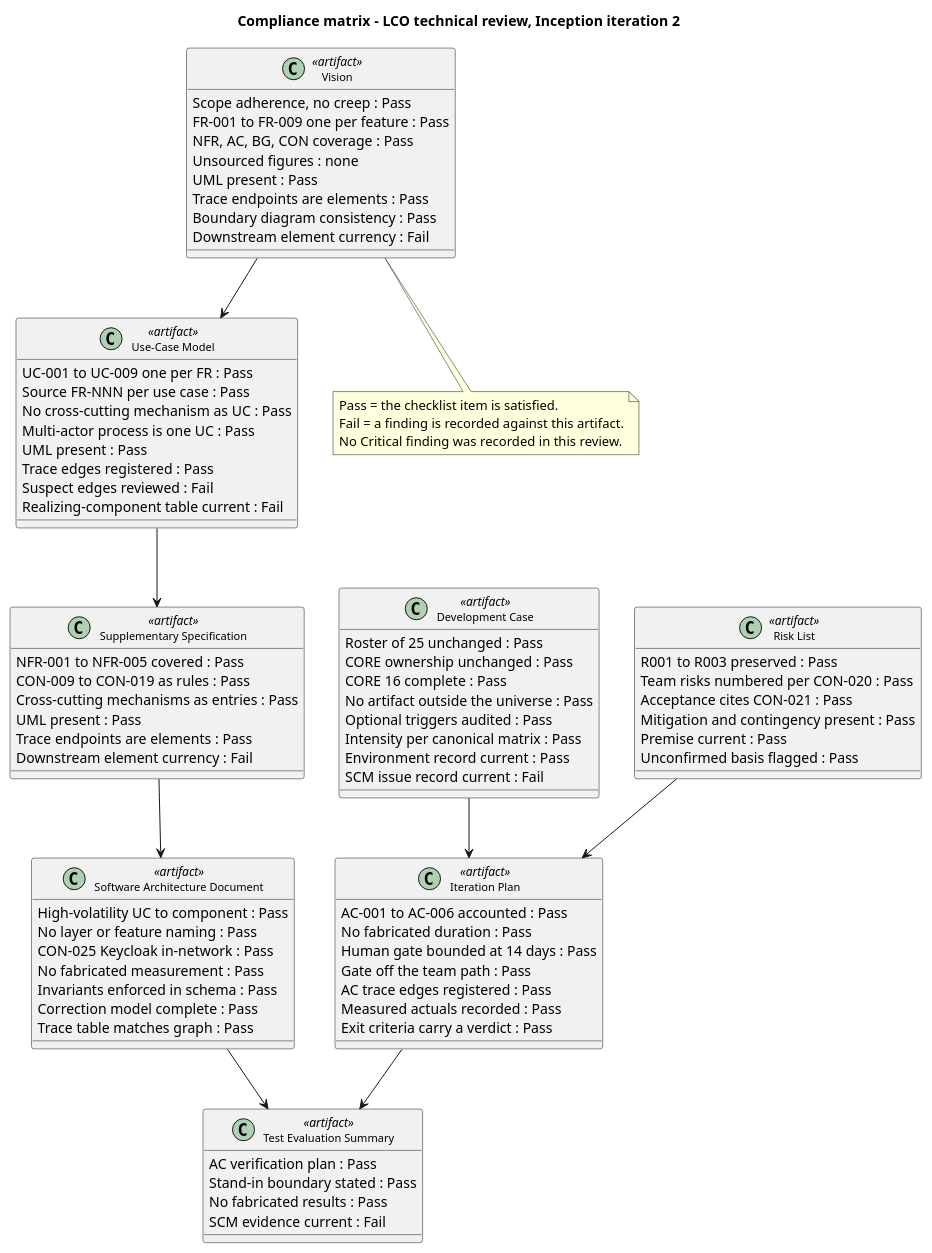
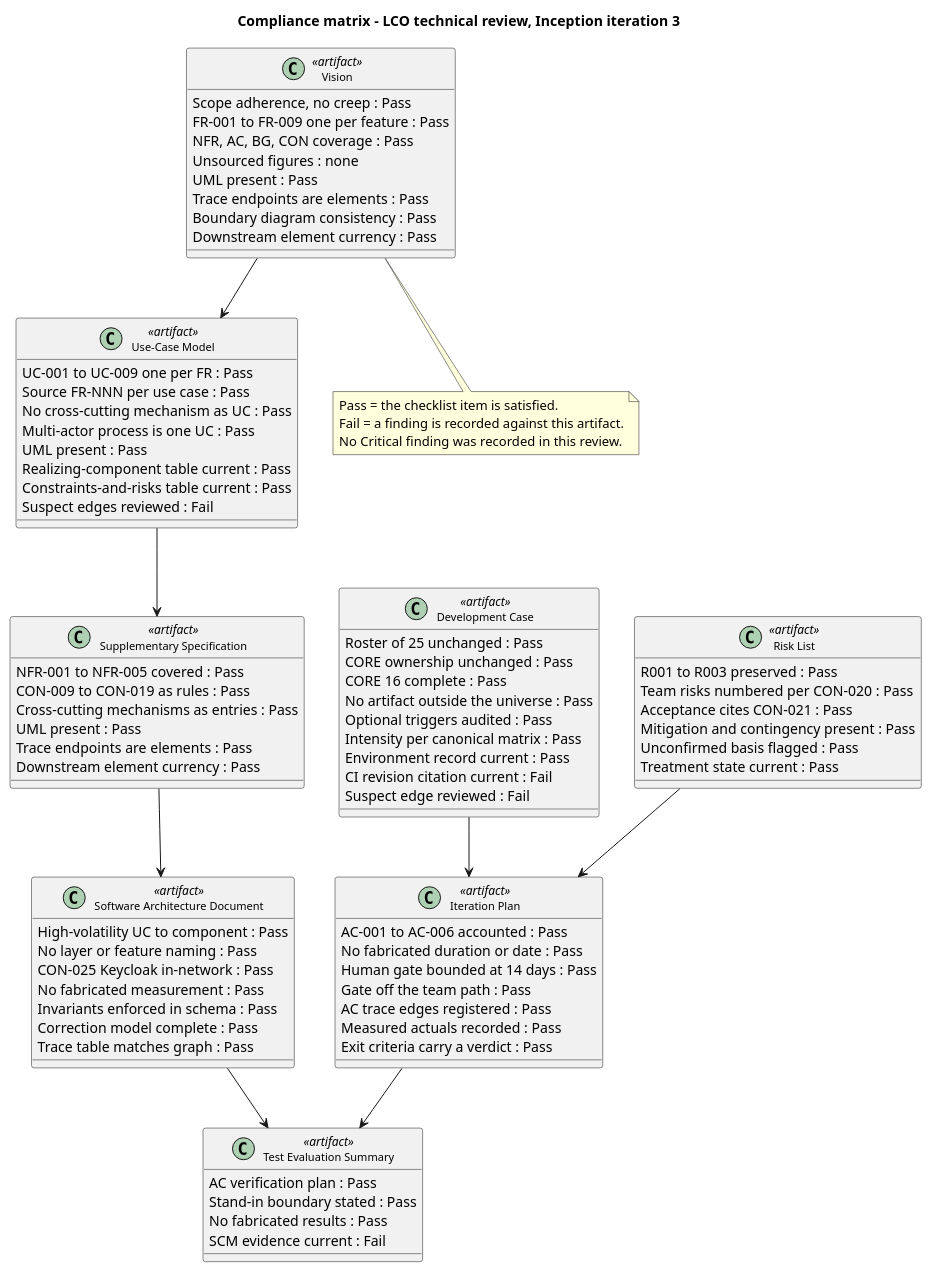
The fifth of 16 diagrams in docs/artifacts/project-management/review-record.md (banense-test/portal), drawn with PlantUML before and after one commit. The commit also changed other lines of this file, not shown here.

First line of the commit message:
Reviewer [I3]: upsert Review Record

````diff
--- a/docs/artifacts/project-management/review-record.md
+++ b/docs/artifacts/project-management/review-record.md
@@ -635,6 +371,6 @@
 ```plantuml
-@startuml RR2_ComplianceMatrix
-title Compliance matrix - LCO technical review, Inception iteration 2
+@startuml RR3_ComplianceMatrix
+title Compliance matrix - LCO technical review, Inception iteration 3
 skinparam classAttributeIconSize 0
 skinparam classFontSize 11
 
@@ -646,7 +382,7 @@
   UML present : Pass
   Trace endpoints are elements : Pass
   Boundary diagram consistency : Pass
-  Downstream element currency : Fail
+  Downstream element currency : Pass
 }
 
 class "Use-Case Model" as UCM <<artifact>> {
@@ -655,9 +391,9 @@
   No cross-cutting mechanism as UC : Pass
   Multi-actor process is one UC : Pass
   UML present : Pass
-  Trace edges registered : Pass
+  Realizing-component table current : Pass
+  Constraints-and-risks table current : Pass
   Suspect edges reviewed : Fail
-  Realizing-component table current : Fail
 }
 
 class "Supplementary Specification" as SS <<artifact>> {
@@ -666,7 +402,7 @@
   Cross-cutting mechanisms as entries : Pass
   UML present : Pass
   Trace endpoints are elements : Pass
-  Downstream element currency : Fail
+  Downstream element currency : Pass
 }
 
 class "Development Case" as DC <<artifact>> {
@@ -677,7 +413,8 @@
   Optional triggers audited : Pass
   Intensity per canonical matrix : Pass
   Environment record current : Pass
-  SCM issue record current : Fail
+  CI revision citation current : Fail
+  Suspect edge reviewed : Fail
 }
 
 class "Risk List" as RL <<artifact>> {
@@ -685,13 +422,13 @@
   Team risks numbered per CON-020 : Pass
   Acceptance cites CON-021 : Pass
   Mitigation and contingency present : Pass
-  Premise current : Pass
   Unconfirmed basis flagged : Pass
+  Treatment state current : Pass
 }
 
 class "Iteration Plan" as IP <<artifact>> {
   AC-001 to AC-006 accounted : Pass
-  No fabricated duration : Pass
+  No fabricated duration or date : Pass
   Human gate bounded at 14 days : Pass
   Gate off the team path : Pass
   AC trace edges registered : Pass
````
